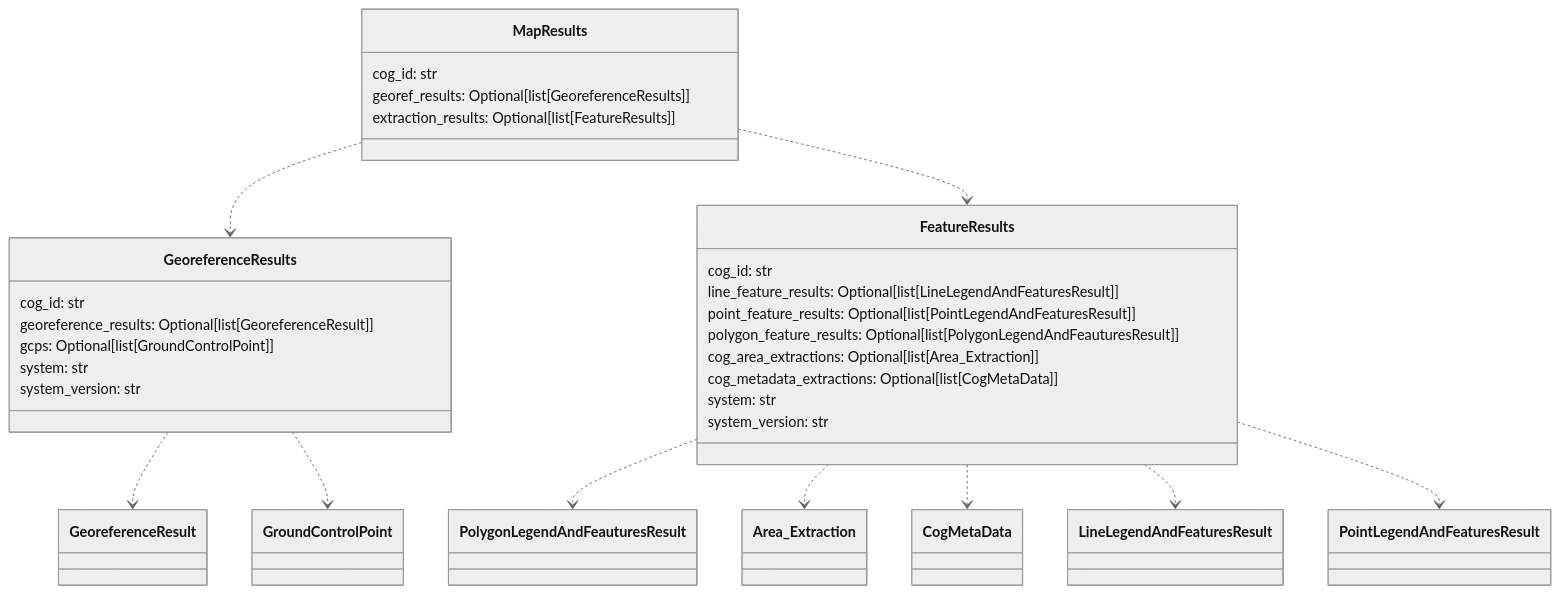
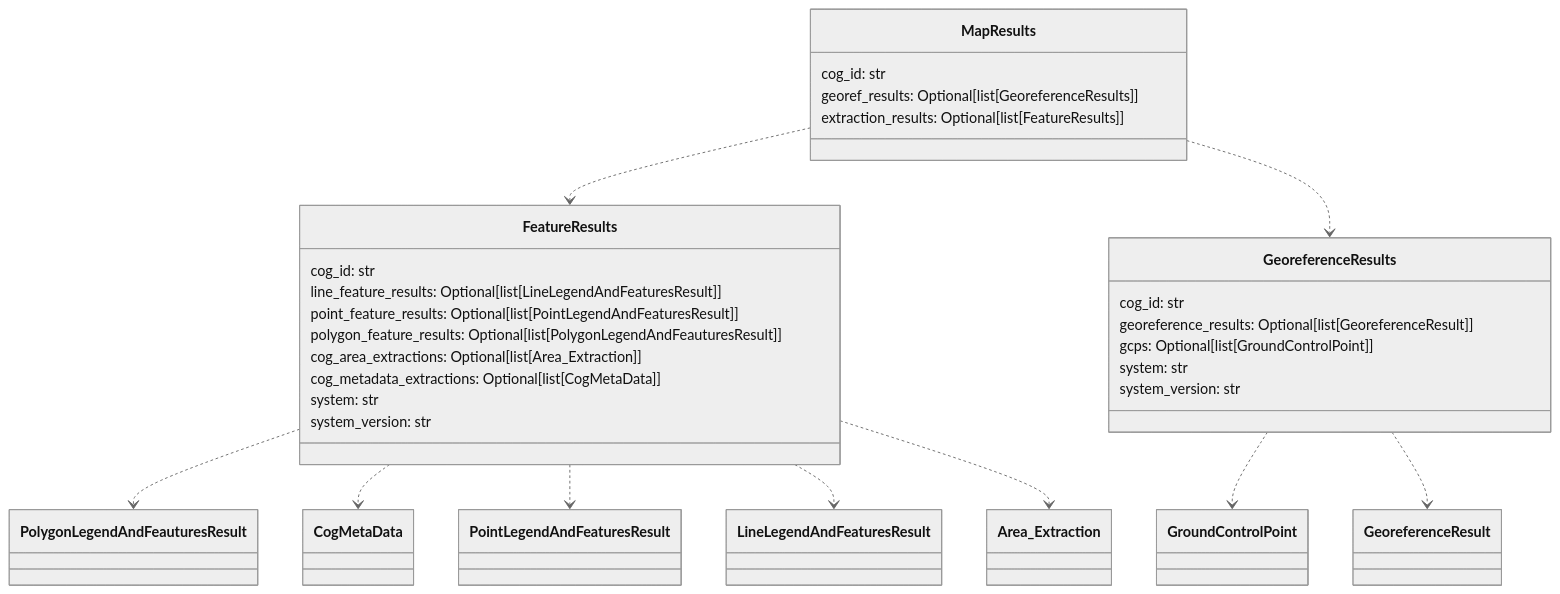
One commit to DARPA-CRITICALMAAS/cdr_schemas changed diagram 11 of 12 in README.md. Above: the diagram before and after it, drawn with Mermaid (neutral theme). The commit also changed other lines of this file, not shown here.

````diff
--- a/README.md
+++ b/README.md
@@ -864,40 +864,40 @@
 ```mermaid
 classDiagram
-
-    class GeoreferenceResults {
-        cog_id: str
-        georeference_results: Optional[list[GeoreferenceResult]]
-        gcps: Optional[list[GroundControlPoint]]
-        system: str
-        system_version: str
-    }
 
     class MapResults {
         cog_id: str
         georef_results: Optional[list[GeoreferenceResults]]
         extraction_results: Optional[list[FeatureResults]]
     }
 
     class FeatureResults {
         cog_id: str
         line_feature_results: Optional[list[LineLegendAndFeaturesResult]]
         point_feature_results: Optional[list[PointLegendAndFeaturesResult]]
         polygon_feature_results: Optional[list[PolygonLegendAndFeauturesResult]]
         cog_area_extractions: Optional[list[Area_Extraction]]
         cog_metadata_extractions: Optional[list[CogMetaData]]
         system: str
         system_version: str
     }
 
+    class GeoreferenceResults {
+        cog_id: str
+        georeference_results: Optional[list[GeoreferenceResult]]
+        gcps: Optional[list[GroundControlPoint]]
+        system: str
+        system_version: str
+    }
+
     FeatureResults ..> PolygonLegendAndFeauturesResult
+    FeatureResults ..> CogMetaData
+    FeatureResults ..> PointLegendAndFeaturesResult
+    FeatureResults ..> LineLegendAndFeaturesResult
     FeatureResults ..> Area_Extraction
-    FeatureResults ..> CogMetaData
-    FeatureResults ..> LineLegendAndFeaturesResult
-    FeatureResults ..> PointLegendAndFeaturesResult
+    GeoreferenceResults ..> GroundControlPoint
     GeoreferenceResults ..> GeoreferenceResult
-    GeoreferenceResults ..> GroundControlPoint
+    MapResults ..> FeatureResults
     MapResults ..> GeoreferenceResults
-    MapResults ..> FeatureResults
 
 
 ```
````
